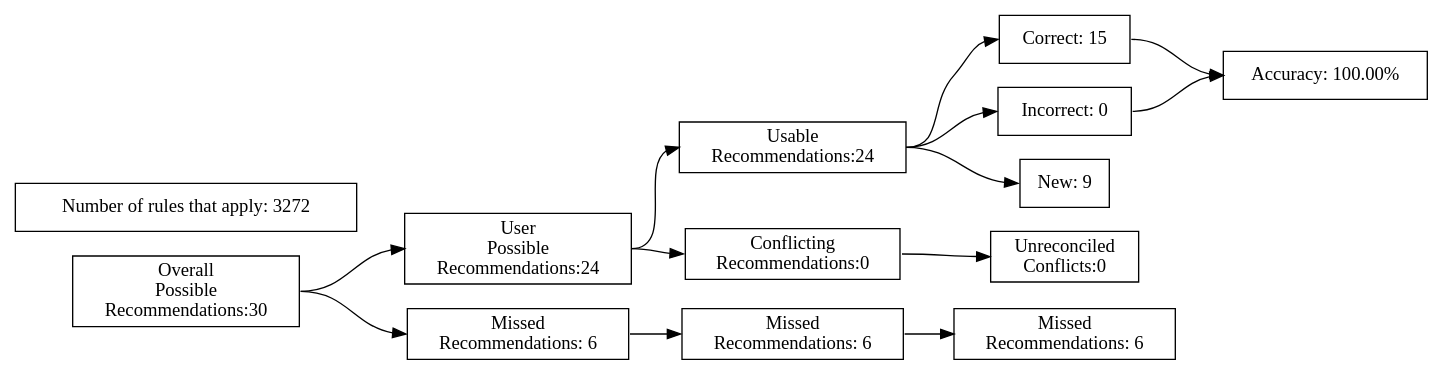
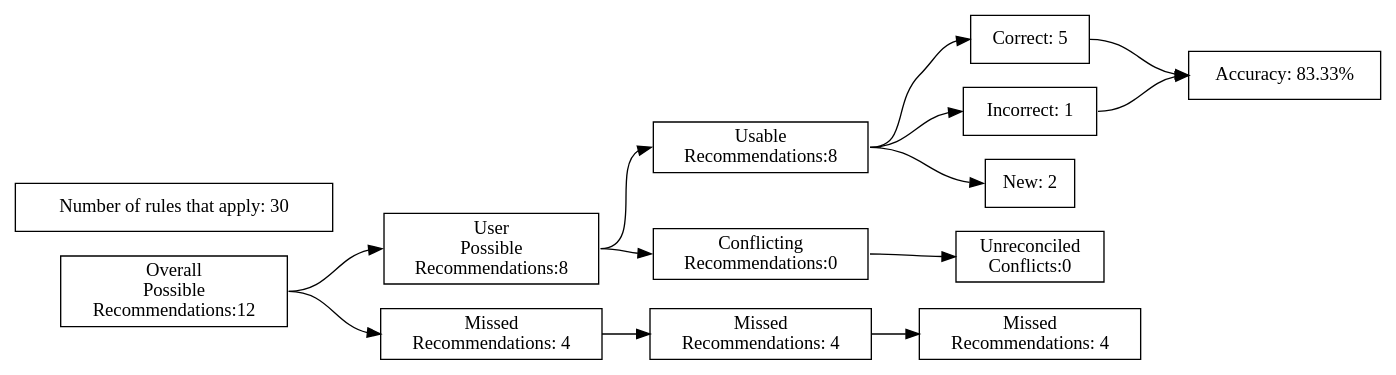
One commit to ZaxR/ibd_diet_analysis changed the diagram in test_renders/32.gv. Above: the diagram before and after it, drawn with Graphviz. The commit also changed 77 other files, not shown here.

```diff
--- a/test_renders/32.gv
+++ b/test_renders/32.gv
@@ -1,40 +1,40 @@
 digraph {
 	graph [rankdir=LR]
 	node [pos=r shape=box]
 	edge [headport=w tailport=e]
 		A [label="Overall
 Possible
-Recommendations:30"]
+Recommendations:12"]
 		B [label="User
 Possible
-Recommendations:24"]
+Recommendations:8"]
 		C [label="Missed
-Recommendations: 6"]
+Recommendations: 4"]
 		D [label="Usable
-Recommendations:24"]
+Recommendations:8"]
 		E [label="Conflicting
 Recommendations:0"]
 		J [label="Missed
-Recommendations: 6"]
+Recommendations: 4"]
 		M [label="Unreconciled
 Conflicts:0"]
-		F [label="Correct: 15"]
-		G [label="Incorrect: 0"]
-		H [label="New: 9"]
+		F [label="Correct: 5"]
+		G [label="Incorrect: 1"]
+		H [label="New: 2"]
 		K [label="Missed
-Recommendations: 6"]
-		I [label="Accuracy: 100.00%"]
-		l [label="Number of rules that apply: 3272"]
+Recommendations: 4"]
+		I [label="Accuracy: 83.33%"]
+		l [label="Number of rules that apply: 30"]
 			A -> B
 			A -> C
 			B -> D
 			B -> E
 			D -> F
 			D -> G
 			D -> H
 			F -> I
 			G -> I
 			C -> J
 			J -> K
 			E -> M
 }
```
